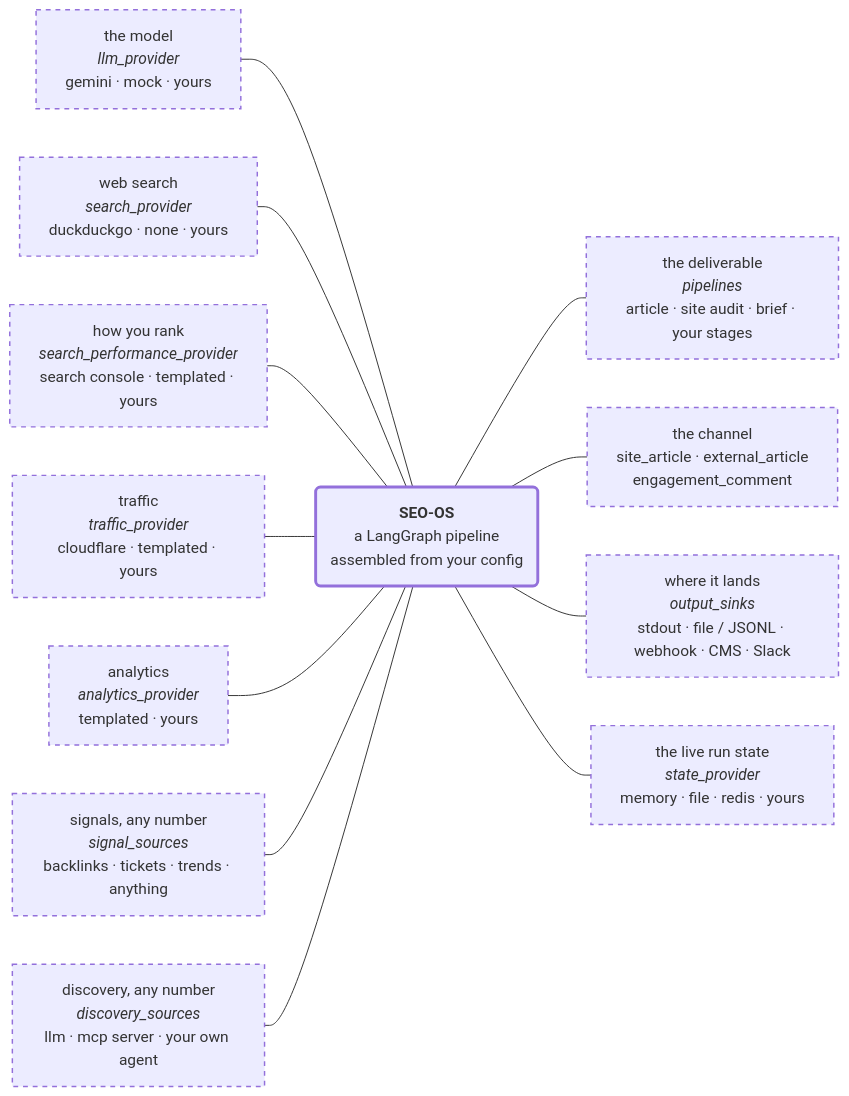
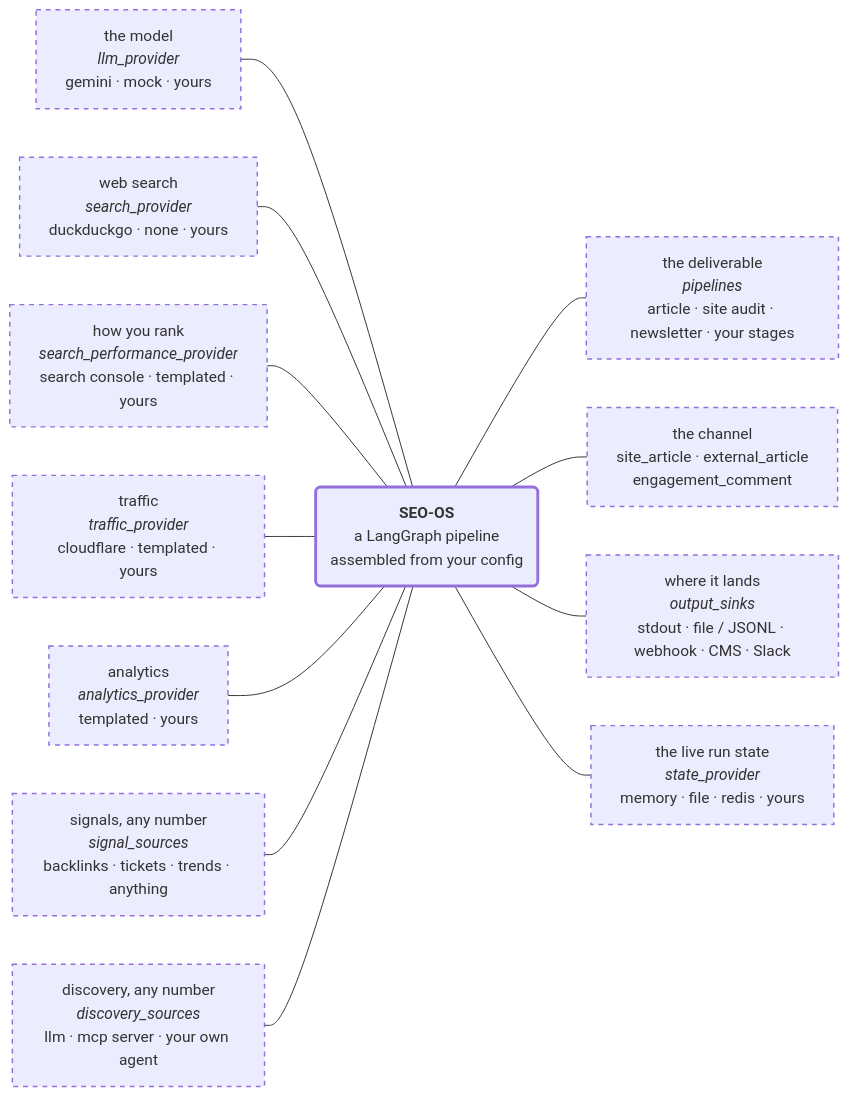
The first of 2 diagrams in README.md (badrmada/seo-os), drawn with Mermaid before and after one commit. The commit also changed other lines of this file and 10 other files, not shown here.

Commit message:
Add a newsletter deliverable and example 09

````diff
--- a/README.md
+++ b/README.md
@@ -79,25 +86,25 @@
 ```mermaid
 flowchart LR
     LLM["the model<br/><i>llm_provider</i><br/>gemini · mock · yours"]
     SRCH["web search<br/><i>search_provider</i><br/>duckduckgo · none · yours"]
     RANK["how you rank<br/><i>search_performance_provider</i><br/>search console · templated · yours"]
     TRAF["traffic<br/><i>traffic_provider</i><br/>cloudflare · templated · yours"]
     ANA["analytics<br/><i>analytics_provider</i><br/>templated · yours"]
     SIG["signals, any number<br/><i>signal_sources</i><br/>backlinks · tickets · trends · anything"]
     DISC["discovery, any number<br/><i>discovery_sources</i><br/>llm · mcp server · your own agent"]
 
     CORE("<b>SEO-OS</b><br/>a LangGraph pipeline<br/>assembled from your config")
 
-    PIPE["the deliverable<br/><i>pipelines</i><br/>article · site audit · brief · your stages"]
+    PIPE["the deliverable<br/><i>pipelines</i><br/>article · site audit · newsletter · your stages"]
     CH["the channel<br/>site_article · external_article<br/>engagement_comment"]
     SINK["where it lands<br/><i>output_sinks</i><br/>stdout · file / JSONL · webhook · CMS · Slack"]
     ST["the live run state<br/><i>state_provider</i><br/>memory · file · redis · yours"]
 
     LLM & SRCH & RANK & TRAF & ANA & SIG & DISC --- CORE
     CORE --- PIPE & CH & SINK & ST
 
     classDef slot stroke-dasharray:5 5,stroke-width:1.5px
     classDef hub stroke-width:3px
     class LLM,SRCH,RANK,TRAF,ANA,SIG,DISC,PIPE,CH,SINK,ST slot
     class CORE hub
 ```
````
